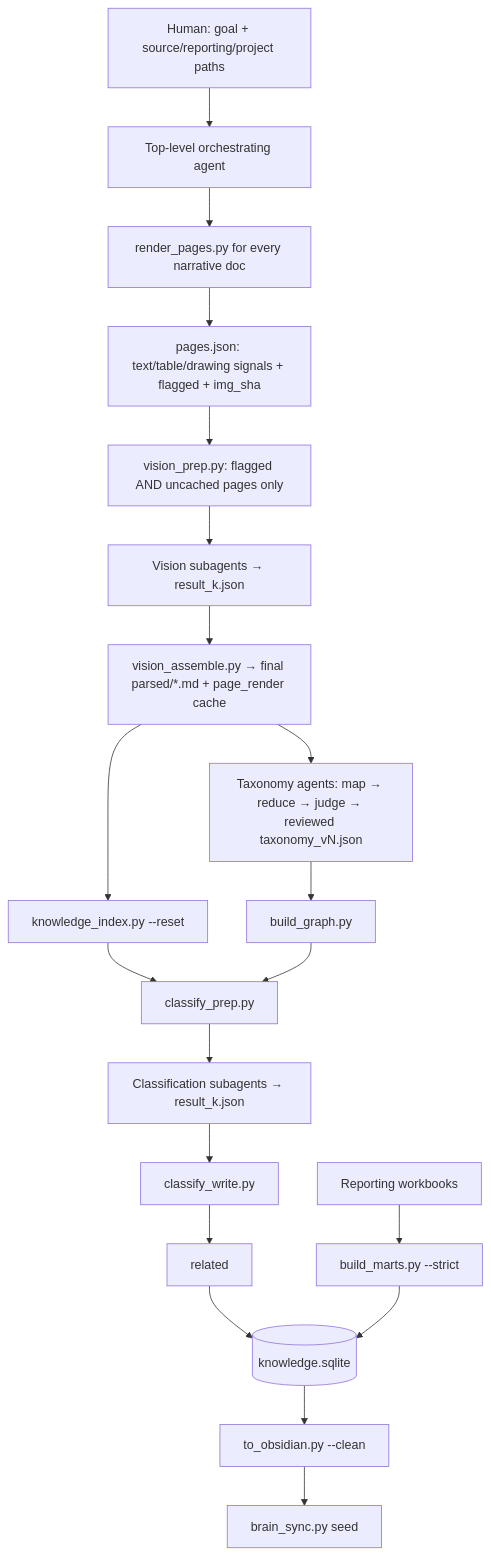
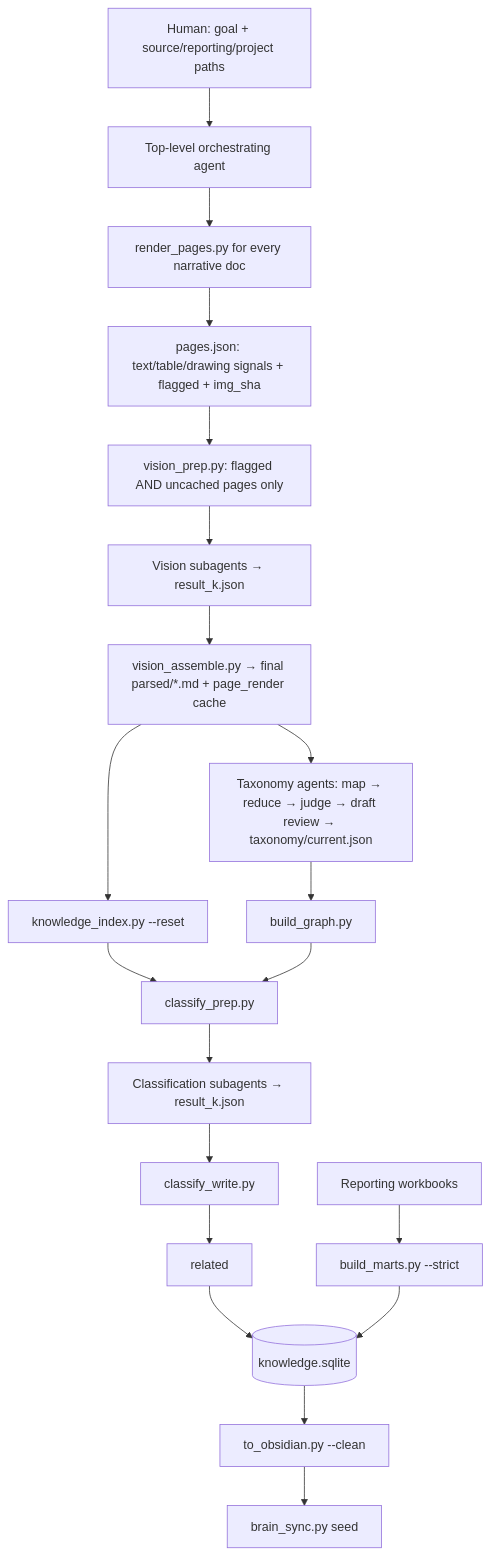
One commit to onetest-ai/applied_skills changed the fifth of 7 diagrams in bundles/brain/README.md. Above: the diagram before and after it, drawn with Mermaid. The commit also changed other lines of this file and 58 other files, not shown here.

Commit message:
feat(brain): human-gated taxonomy review workbench with health review (#28)

````diff
--- a/bundles/brain/README.md
+++ b/bundles/brain/README.md
@@ -261,21 +263,21 @@
 ```mermaid
 flowchart TD
     H["Human: goal + source/reporting/project paths"] --> O["Top-level orchestrating agent"]
     O --> R["render_pages.py for every narrative doc"]
     R --> P["pages.json: text/table/drawing signals + flagged + img_sha"]
     P --> VP["vision_prep.py: flagged AND uncached pages only"]
     VP --> VA["Vision subagents → result_k.json"]
     VA --> AS["vision_assemble.py → final parsed/*.md + page_render cache"]
-    AS --> TX["Taxonomy agents: map → reduce → judge → reviewed taxonomy_vN.json"]
+    AS --> TX["Taxonomy agents: map → reduce → judge → draft review → taxonomy/current.json"]
     AS --> IX["knowledge_index.py --reset"]
     TX --> GR["build_graph.py"]
     IX --> CP["classify_prep.py"]
     GR --> CP
     CP --> CA["Classification subagents → result_k.json"]
     CA --> CW["classify_write.py"]
     CW --> REL["related"]
     REL --> DB[("knowledge.sqlite")]
     X["Reporting workbooks"] --> M["build_marts.py --strict"] --> DB
     DB --> V["to_obsidian.py --clean"]
     V --> S["brain_sync.py seed"]
 ```
````
